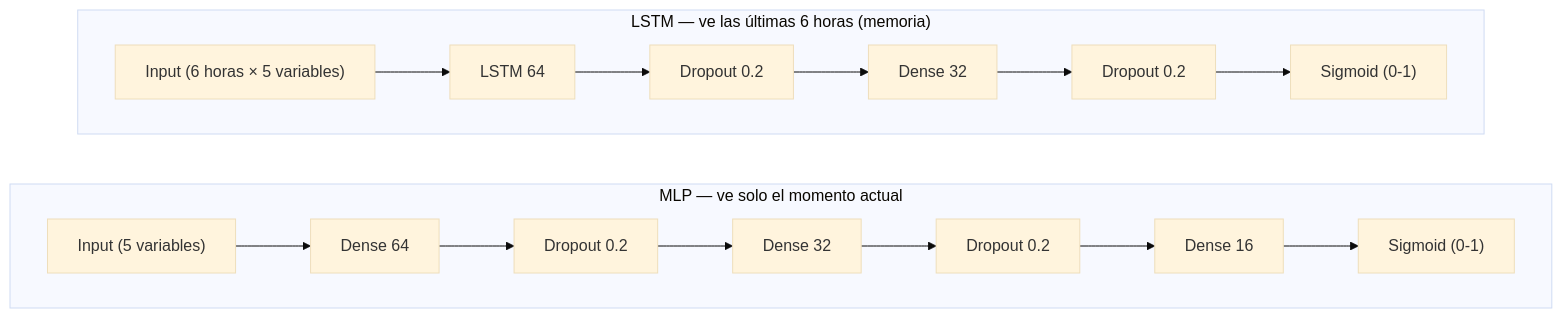
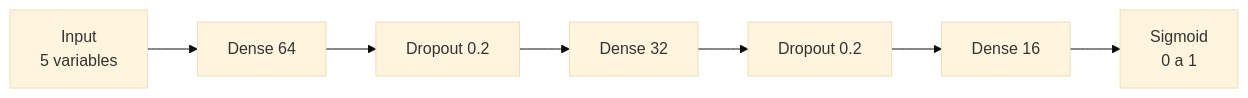
The fourth of 17 diagrams in README.md (csotelo/cimbra), drawn with Mermaid (base theme) before and after one commit. The commit also changed other lines of this file, not shown here.

First line of the commit message:
fix: eliminar subgraphs y patrones de alto riesgo en diagramas Mermaid

````diff
--- a/README.md
+++ b/README.md
@@ -164,11 +162,4 @@
 ```mermaid
 flowchart LR
-    subgraph MLP["MLP — ve solo el momento actual"]
-        direction LR
-        I1["Input (5 variables)"] --> D1["Dense 64"] --> DR1["Dropout 0.2"] --> D2["Dense 32"] --> DR2["Dropout 0.2"] --> D3["Dense 16"] --> O1["Sigmoid (0-1)"]
-    end
-    subgraph LSTM["LSTM — ve las últimas 6 horas (memoria)"]
-        direction LR
-        I2["Input (6 horas × 5 variables)"] --> L1["LSTM 64"] --> DR3["Dropout 0.2"] --> D4["Dense 32"] --> DR4["Dropout 0.2"] --> O2["Sigmoid (0-1)"]
-    end
+    I1["Input<br/>5 variables"] --> D1["Dense 64"] --> DR1["Dropout 0.2"] --> D2["Dense 32"] --> DR2["Dropout 0.2"] --> D3["Dense 16"] --> O1["Sigmoid<br/>0 a 1"]
 ```
````
